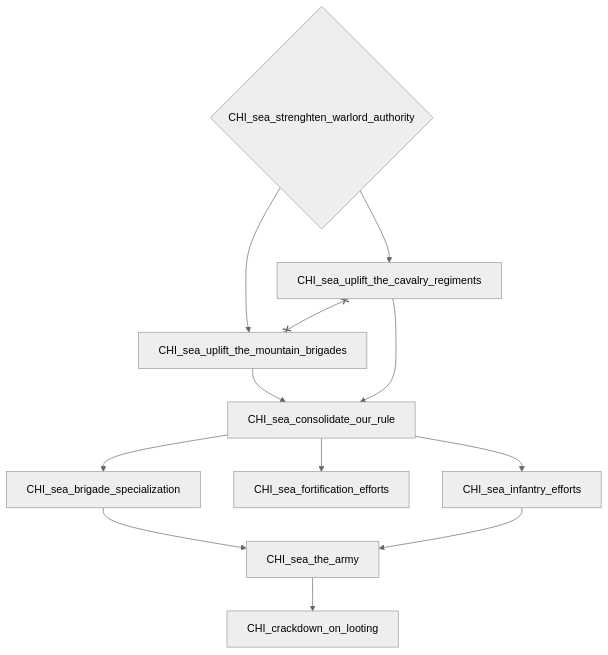
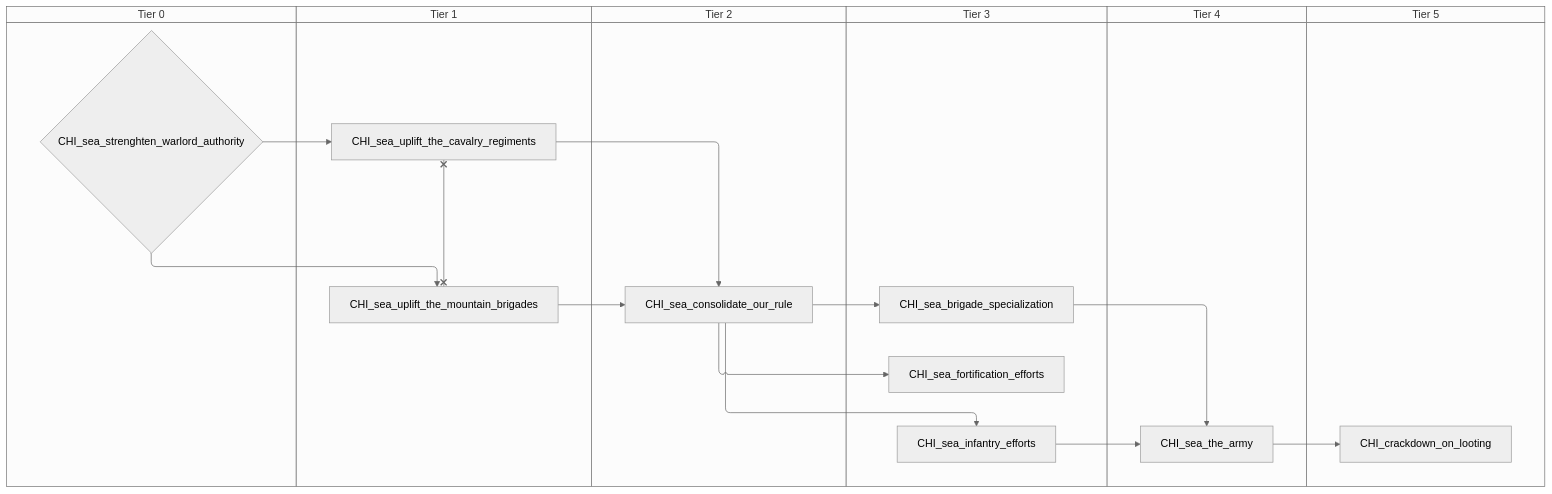
One commit to evgeny-sobol/hoi4-sandbox-mode-r56 changed the third of 6 diagrams in docs/gdd/National Focuses/china_warlord_sea.md. Above: the diagram before and after it, drawn with Mermaid (neutral theme). The commit also changed other lines of this file and 423 other files, not shown here.

First line of the commit message:
Re-export Rt56 focus trees as swimlane diagrams

````diff
--- a/docs/gdd/National Focuses/china_warlord_sea.md
+++ b/docs/gdd/National Focuses/china_warlord_sea.md
@@ -130,23 +156,35 @@
 ```mermaid
-flowchart TD
-    n50["CHI_crackdown_on_looting"]
-    n51["CHI_sea_brigade_specialization"]
-    n52["CHI_sea_consolidate_our_rule"]
-    n53["CHI_sea_fortification_efforts"]
-    n54["CHI_sea_infantry_efforts"]
-    n55{"CHI_sea_strenghten_warlord_authority"}
-    n56["CHI_sea_the_army"]
-    n57["CHI_sea_uplift_the_cavalry_regiments"]
-    n58["CHI_sea_uplift_the_mountain_brigades"]
-    n56 --> n50
-    n52 --> n51
-    n58 --> n52
-    n57 --> n52
+swimlane-beta TD
+    subgraph tier_0["Tier 0"]
+        n50{"CHI_sea_strenghten_warlord_authority"}
+    end
+    subgraph tier_1["Tier 1"]
+        n51["CHI_sea_uplift_the_cavalry_regiments"]
+        n52["CHI_sea_uplift_the_mountain_brigades"]
+    end
+    subgraph tier_2["Tier 2"]
+        n53["CHI_sea_consolidate_our_rule"]
+    end
+    subgraph tier_3["Tier 3"]
+        n54["CHI_sea_brigade_specialization"]
+        n55["CHI_sea_fortification_efforts"]
+        n56["CHI_sea_infantry_efforts"]
+    end
+    subgraph tier_4["Tier 4"]
+        n57["CHI_sea_the_army"]
+    end
+    subgraph tier_5["Tier 5"]
+        n58["CHI_crackdown_on_looting"]
+    end
+    n57 --> n58
+    n53 --> n54
     n52 --> n53
-    n52 --> n54
-    n51 --> n56
-    n54 --> n56
-    n55 --> n57
-    n55 --> n58
-    n57 x--x n58
+    n51 --> n53
+    n53 --> n55
+    n53 --> n56
+    n54 --> n57
+    n56 --> n57
+    n50 --> n51
+    n50 --> n52
+    n51 x--x n52
 ```
````
